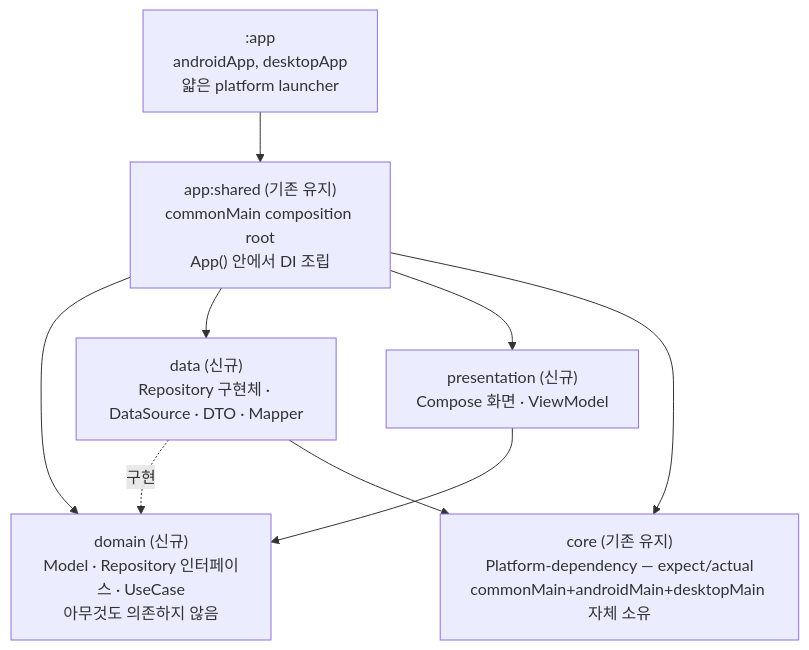
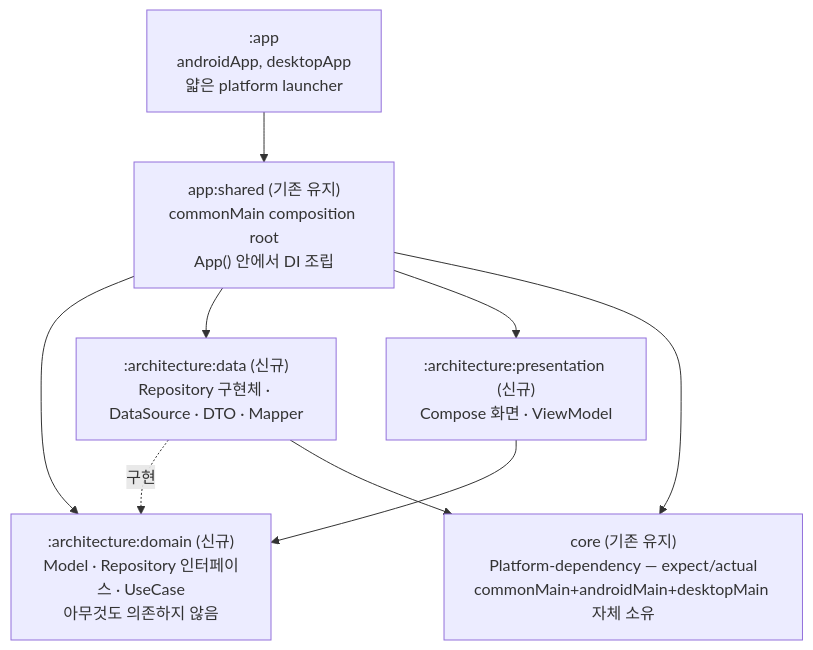
One commit to sunstar-repo/StreamCompass changed the first of 3 diagrams in doc/architecture.md. Above: the diagram before and after it, drawn with Mermaid. The commit also changed other lines of this file and 4 other files, not shown here.

Commit message:
added architecture for clean architecture

````diff
--- a/doc/architecture.md
+++ b/doc/architecture.md
@@ -18,18 +18,18 @@
 ```mermaid
 flowchart TD
-    DOM["domain (신규)<br/>Model · Repository 인터페이스 · UseCase<br/>아무것도 의존하지 않음"]
+    DOM[":architecture:domain (신규)<br/>Model · Repository 인터페이스 · UseCase<br/>아무것도 의존하지 않음"]
     CORE["core (기존 유지)<br/>Platform-dependency — expect/actual<br/>commonMain+androidMain+desktopMain 자체 소유"]
-    DATA["data (신규)<br/>Repository 구현체 · DataSource · DTO · Mapper"]
-    PRES["presentation (신규)<br/>Compose 화면 · ViewModel"]
+    DATA[":architecture:data (신규)<br/>Repository 구현체 · DataSource · DTO · Mapper"]
+    PRES[":architecture:presentation (신규)<br/>Compose 화면 · ViewModel"]
     SHARED["app:shared (기존 유지)<br/>commonMain composition root<br/>App() 안에서 DI 조립"]
     APP[":app<br/>androidApp, desktopApp<br/>얇은 platform launcher"]
 
     DATA -.구현.-> DOM
     DATA --> CORE
     PRES --> DOM
     SHARED --> DOM
     SHARED --> DATA
     SHARED --> PRES
     SHARED --> CORE
     APP --> SHARED
 ```
````
